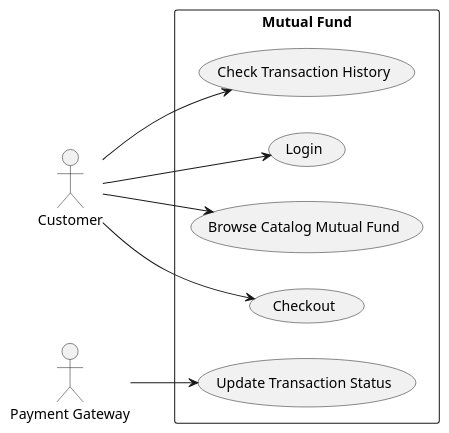
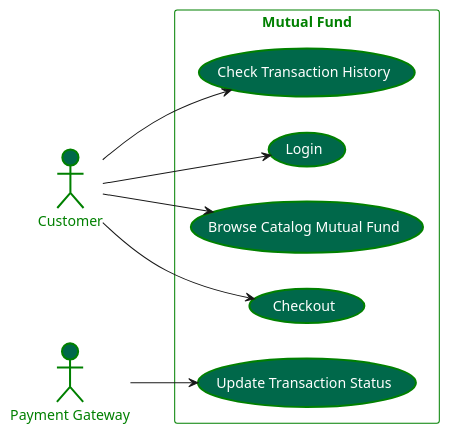
Before and after one commit to ilhamtubagus/mug-jakarta-mutual-funds: the diagram in use-diagram.puml, drawn with PlantUML.

Commit message:
Update database design color scheme

```diff
--- a/use-diagram.puml
+++ b/use-diagram.puml
@@ -1,18 +1,18 @@
 @startuml
 left to right direction
-actor Customer
-actor "Payment Gateway"
-rectangle "Mutual Fund" {
-    usecase Login
-    usecase "Browse Catalog Mutual Fund"
-    usecase "Checkout"
-    usecase "Update Transaction Status"
-    usecase "Check Transaction History"
+actor Customer #00684a;line:green;line.bold;text:green
+actor "Payment Gateway" #00684a;line:green;line.bold;text:green
+rectangle "Mutual Fund" #00000000;line:green;text:green{
+    usecase Login #00684a;line:green;line.bold;text:white
+    usecase "Browse Catalog Mutual Fund" #00684a;line:green;line.bold;text:white
+    usecase "Checkout" #00684a;line:green;line.bold;text:white
+    usecase "Update Transaction Status" #00684a;line:green;line.bold;text:white
+    usecase "Check Transaction History" #00684a;line:green;line.bold;text:white
 }
 
 Customer --> Login
 Customer --> "Browse Catalog Mutual Fund"
 Customer --> "Checkout"
 Customer --> "Check Transaction History"
 "Payment Gateway" --> "Update Transaction Status"
 @enduml
```
